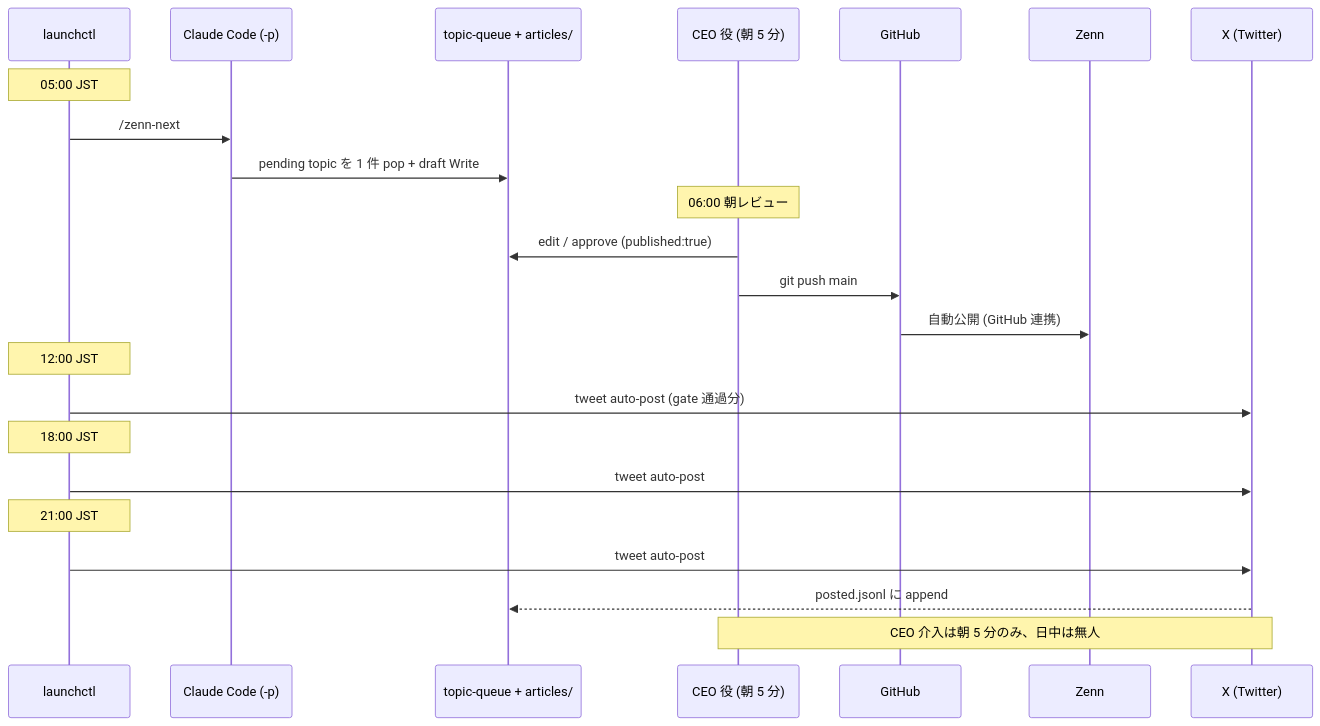
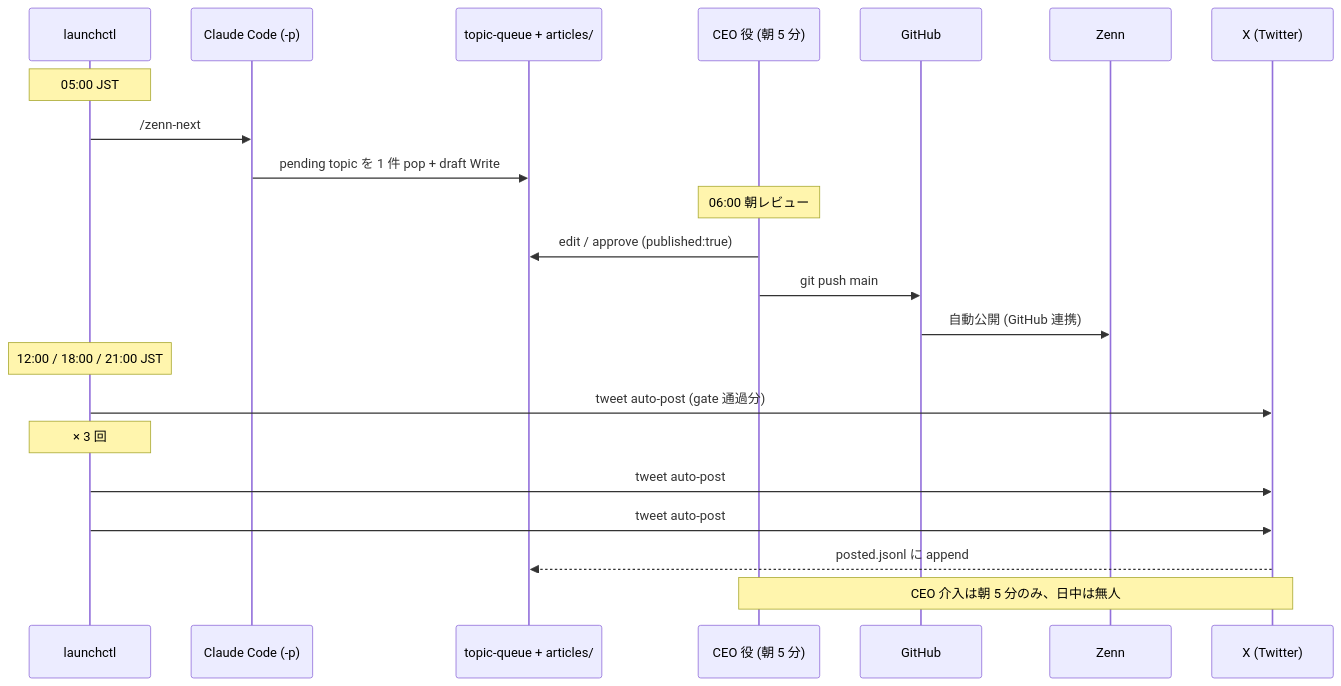
The second of 3 diagrams in articles/ai-driven-dev-index-2026.md (SakakitaniJunya/zenn-articles), drawn with Mermaid before and after one commit. The commit also changed other lines of this file and 1 other file, not shown here.

````diff
--- a/articles/ai-driven-dev-index-2026.md
+++ b/articles/ai-driven-dev-index-2026.md
@@ -59,29 +83,28 @@
 ```mermaid
 sequenceDiagram
     participant L as launchctl
     participant C as Claude Code (-p)
     participant FS as topic-queue + articles/
     participant CEO as CEO 役 (朝 5 分)
     participant GH as GitHub
     participant Z as Zenn
     participant X as X (Twitter)
 
     Note over L: 05:00 JST
     L->>C: /zenn-next
     C->>FS: pending topic を 1 件 pop + draft Write
 
     Note over CEO: 06:00 朝レビュー
     CEO->>FS: edit / approve (published:true)
     CEO->>GH: git push main
     GH->>Z: 自動公開 (GitHub 連携)
 
-    Note over L: 12:00 JST
+    Note over L: 12:00 / 18:00 / 21:00 JST
     L->>X: tweet auto-post (gate 通過分)
-    Note over L: 18:00 JST
+    Note over L: × 3 回
     L->>X: tweet auto-post
-    Note over L: 21:00 JST
     L->>X: tweet auto-post
     X-->>FS: posted.jsonl に append
 
     Note over CEO,X: CEO 介入は朝 5 分のみ、日中は無人
 ```
````
